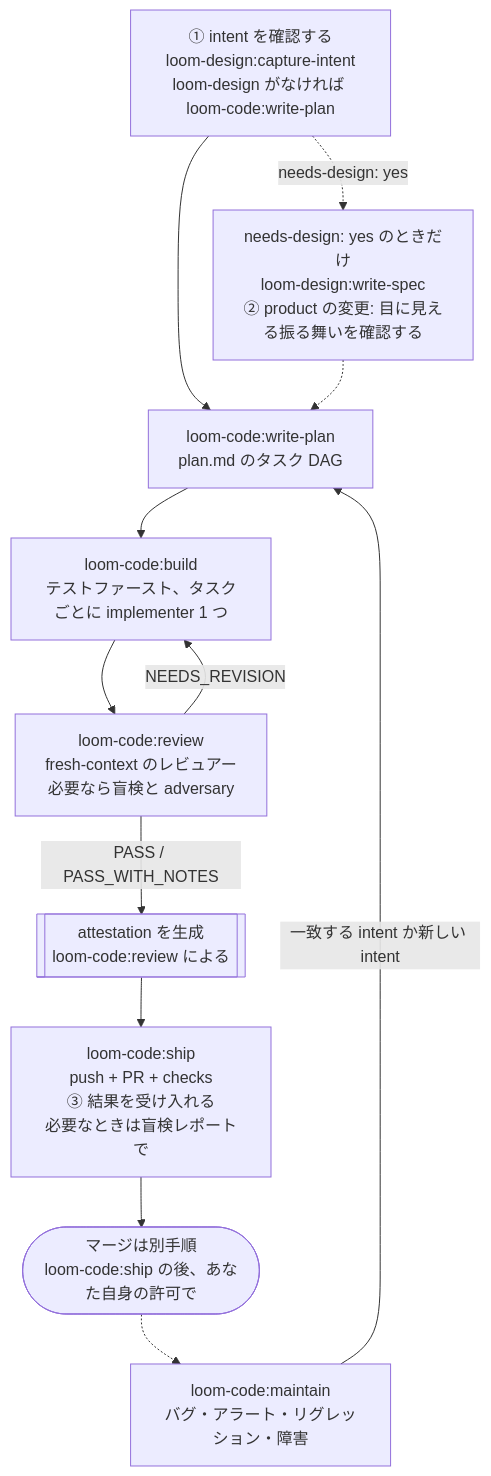
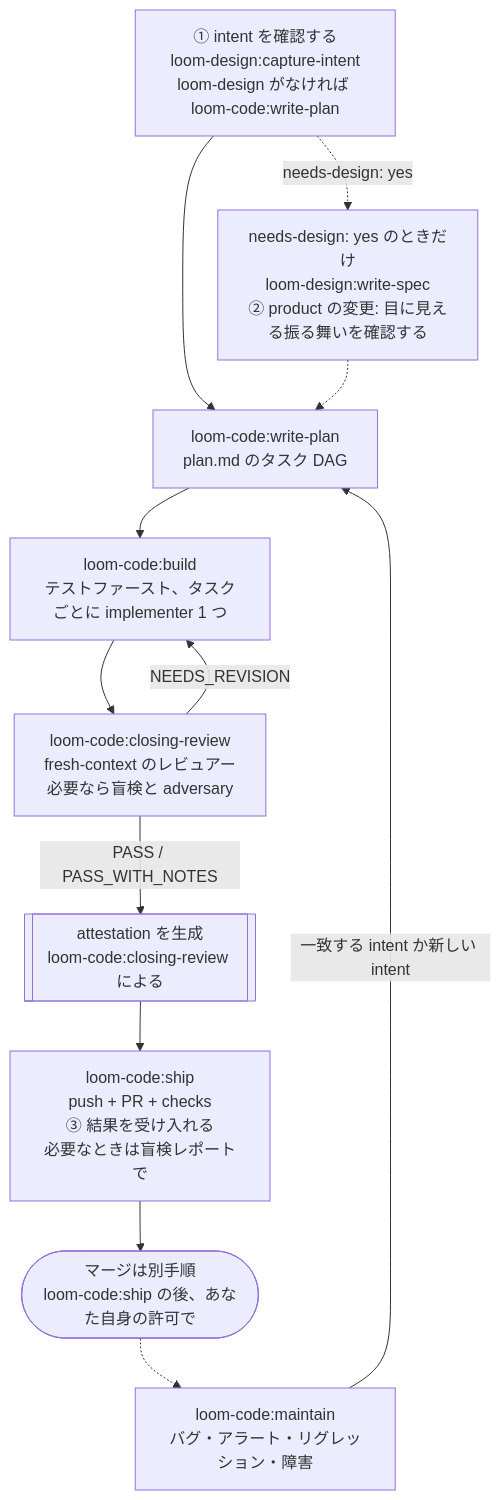
Before and after one commit to kouko/loom-plugins: the diagram in loom-code/README.ja.md, drawn with Mermaid. The commit also changed other lines of this file and 91 other files, not shown here.

First line of the commit message:
feat(loom): support Antigravity CLI and rename review to closing-review (#8)

````diff
--- a/loom-code/README.ja.md
+++ b/loom-code/README.ja.md
@@ -19,24 +19,24 @@
 ```mermaid
 flowchart TD
     intent["① intent を確認する<br/>loom-design:capture-intent<br/>loom-design がなければ loom-code:write-plan"]
     spec["needs-design: yes のときだけ<br/>loom-design:write-spec<br/>② product の変更: 目に見える振る舞いを確認する"]
     plan["loom-code:write-plan<br/>plan.md のタスク DAG"]
     build["loom-code:build<br/>テストファースト、タスクごとに implementer 1 つ"]
-    review["loom-code:review<br/>fresh-context のレビュアー<br/>必要なら盲検と adversary"]
-    attest[["attestation を生成<br/>loom-code:review による"]]
+    review["loom-code:closing-review<br/>fresh-context のレビュアー<br/>必要なら盲検と adversary"]
+    attest[["attestation を生成<br/>loom-code:closing-review による"]]
     ship["loom-code:ship<br/>push + PR + checks<br/>③ 結果を受け入れる<br/>必要なときは盲検レポートで"]
     merged(["マージは別手順<br/>loom-code:ship の後、あなた自身の許可で"])
     maintain["loom-code:maintain<br/>バグ・アラート・リグレッション・障害"]
 
     intent --> plan
     intent -.->|"needs-design: yes"| spec
     spec -.-> plan
     plan --> build
     build --> review
     review -->|"NEEDS_REVISION"| build
     review -->|"PASS / PASS_WITH_NOTES"| attest
     attest --> ship
     ship --> merged
     merged -.-> maintain
     maintain -->|"一致する intent か新しい intent"| plan
 ```
````
